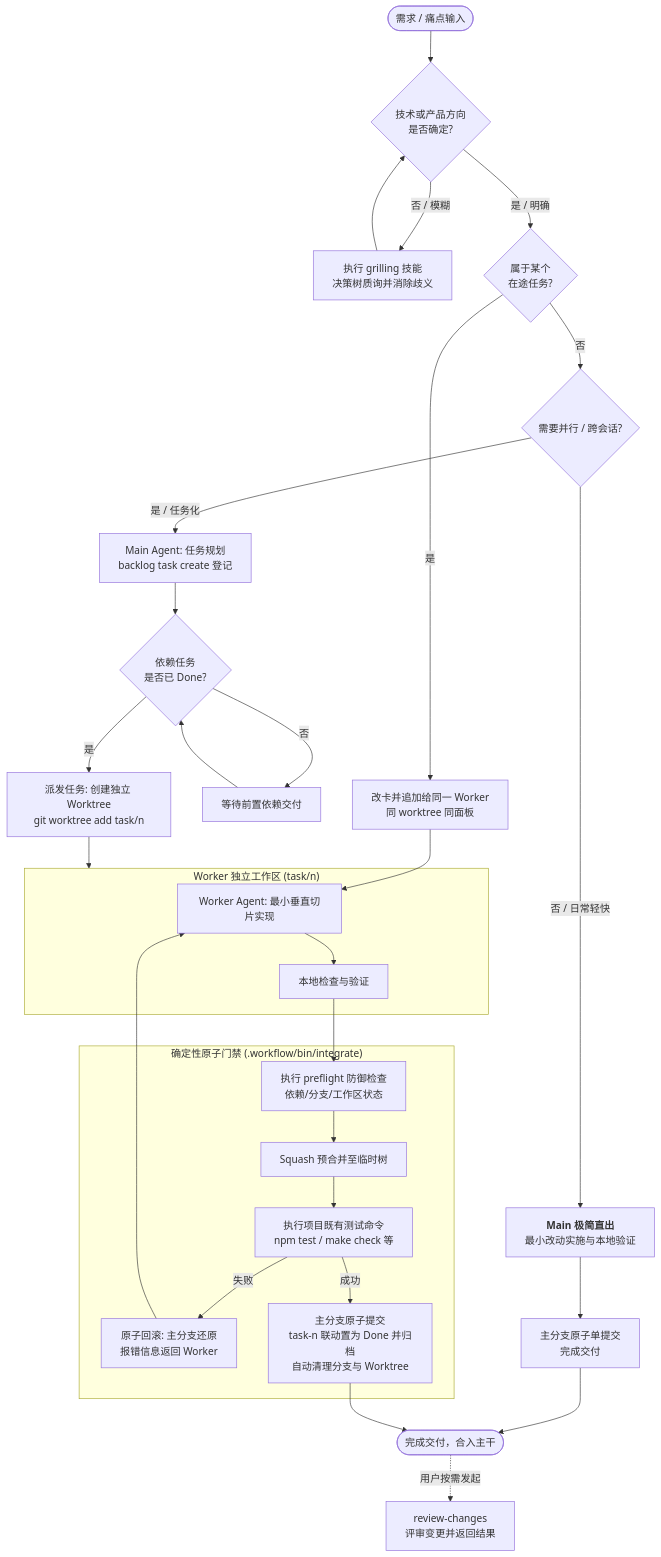
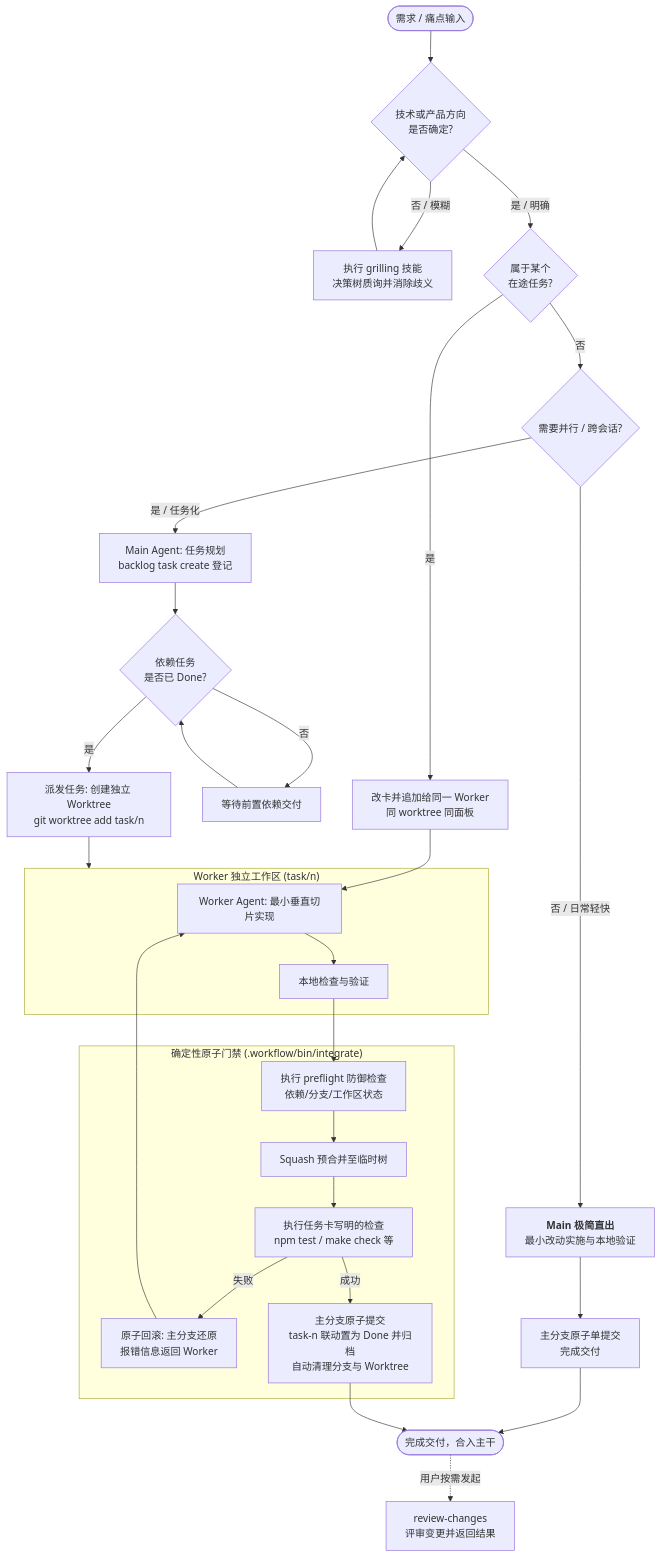
Before and after one commit to shiguangwl/Loom-Workflow: the second of 2 diagrams in README.md, drawn with Mermaid. The commit also changed other lines of this file and 2 other files, not shown here.

````diff
--- a/README.md
+++ b/README.md
@@ -155,45 +156,45 @@
 ```mermaid
 flowchart TD
     Start([需求 / 痛点输入]) --> Clarify{技术或产品方向<br/>是否确定?}
 
     Clarify -- 否 / 模糊 --> Grill["执行 grilling 技能<br/>决策树质询并消除歧义"]
     Grill --> Clarify
 
     Clarify -- 是 / 明确 --> InFlight{属于某个<br/>在途任务?}
     InFlight -- 是 --> Append["改卡并追加给同一 Worker<br/>同 worktree 同面板"]
     Append --> Worker
     InFlight -- 否 --> ScopeCheck{需要并行 / 跨会话?}
 
     ScopeCheck -- 否 / 日常轻快 --> DirectMain["<b>Main 极简直出</b><br/>最小改动实施与本地验证"]
     DirectMain --> MainCommit["主分支原子单提交<br/>完成交付"]
     MainCommit --> End([完成交付，合入主干])
 
     ScopeCheck -- 是 / 任务化 --> Plan["Main Agent: 任务规划<br/>backlog task create 登记"]
     Plan --> CheckDep{依赖任务<br/>是否已 Done?}
     CheckDep -- 否 --> Wait["等待前置依赖交付"]
     Wait --> CheckDep
 
     CheckDep -- 是 --> Dispatch["派发任务: 创建独立 Worktree<br/>git worktree add task/n"]
 
     subgraph WorkerExecution ["Worker 独立工作区 (task/n)"]
         Worker["Worker Agent: 最小垂直切片实现"]
         WorkerTest["本地检查与验证"]
         Worker --> WorkerTest
     end
 
     Dispatch --> WorkerExecution
 
     WorkerTest --> Gate
 
     subgraph IntegrateGate ["确定性原子门禁 (.workflow/bin/integrate)"]
         Gate["执行 preflight 防御检查<br/>依赖/分支/工作区状态"]
         Gate --> Squash["Squash 预合并至临时树"]
-        Squash --> RunCheck["执行项目既有测试命令<br/>npm test / make check 等"]
+        Squash --> RunCheck["执行任务卡写明的检查<br/>npm test / make check 等"]
         RunCheck -- 失败 --> Rollback["原子回滚: 主分支还原<br/>报错信息返回 Worker"]
         Rollback --> Worker
         RunCheck -- 成功 --> FinalCommit["主分支原子提交<br/>task-n 联动置为 Done 并归档<br/>自动清理分支与 Worktree"]
     end
 
     FinalCommit --> End
     End -. 用户按需发起 .-> ReviewChanges["review-changes<br/>评审变更并返回结果"]
 ```
````
